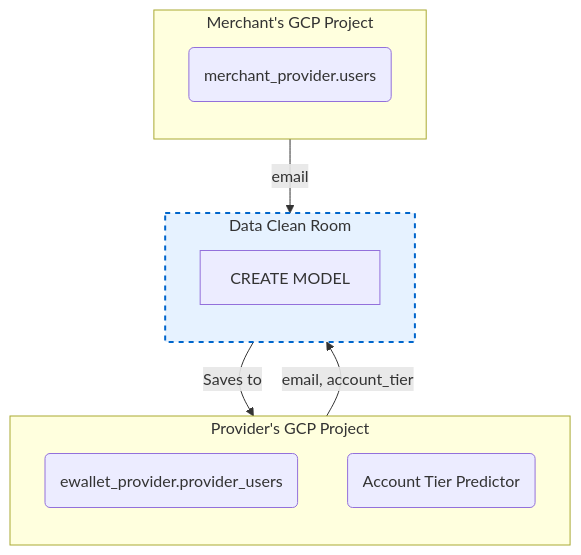
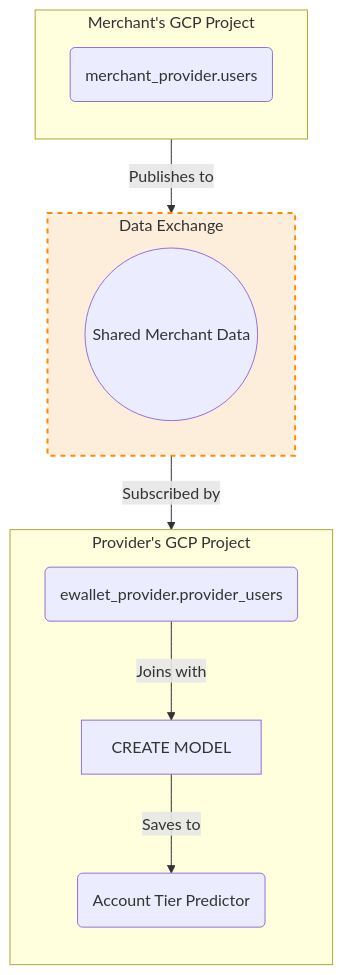
One commit to johanesalxd/data-clean-room-demo changed the second of 2 diagrams in README.md. Above: the diagram before and after it, drawn with Mermaid. The commit also changed other lines of this file and 4 other files, not shown here.

````diff
--- a/README.md
+++ b/README.md
@@ -182,25 +183,27 @@
     ```mermaid
     graph TD
         subgraph MerchantProject [Merchant's GCP Project]
             direction TB
             Users(merchant_provider.users)
         end
 
         subgraph ProviderProject [Provider's GCP Project]
             direction TB
             ProviderUsers(ewallet_provider.provider_users)
+            CreateModel[CREATE MODEL]
             Model(Account Tier Predictor)
+
+            CreateModel -- "Saves to" --> Model
         end
 
-        subgraph DCR [Data Clean Room]
-            direction TB
-            CreateModel[CREATE MODEL]
+        subgraph DCX [Data Exchange]
+            direction LR
+            SharedData((Shared Merchant Data))
         end
 
-        Users -- "email" --> CreateModel
-        ProviderUsers -- "email, account_tier" --> CreateModel
+        Users -- "Publishes to" --> DCX
+        DCX -- "Subscribed by" --> CreateModel
+        ProviderUsers -- "Joins with" --> CreateModel
 
-        CreateModel -- "Saves to" --> Model
-
-        style DCR fill:#e6f2ff,stroke:#0066cc,stroke-width:2px,stroke-dasharray: 5 5
+        style DCX fill:#fdeedc,stroke:#ff8c00,stroke-width:2px,stroke-dasharray: 5 5
     ```
````
